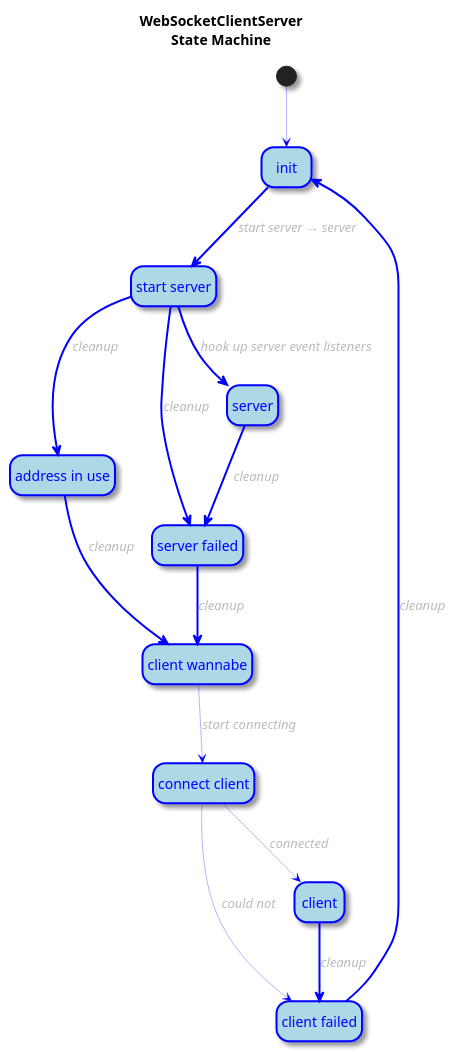
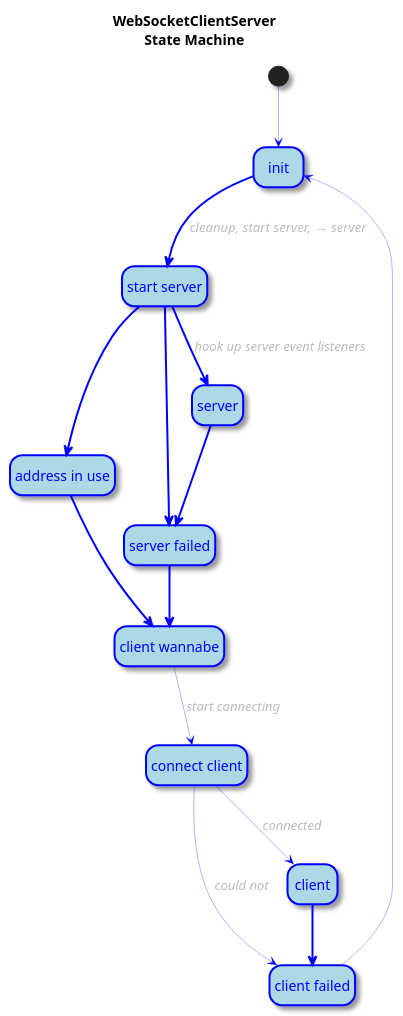
The diagram in src/client-server-state.puml (hugojosefson/deno-websocket-broadcastchannel), drawn with PlantUML before and after one commit. The commit also changed 2 other files, not shown here.

```diff
--- a/src/client-server-state.puml
+++ b/src/client-server-state.puml
@@ -1,39 +1,39 @@
 @startuml
 hide empty description
 
 skinparam shadowing            true
 skinparam ArrowFontColor       #bbb
 skinparam ArrowFontStyle       italic
 skinparam ArrowColor           blue
 skinparam ArrowThickness       0.3
 skinparam StateFontColor       blue
 skinparam StateBackgroundColor lightblue
 skinparam StateBorderColor     blue
 skinparam StateBorderThickness 2
 
 title "WebSocketClientServer\nState Machine"
 
 state "init"           as init
 state "start server"   as start_server
 state "server"         as server
 state "address in use" as address_in_use
 state "server failed"  as server_failed
 state "client wannabe" as client_wannabe
 state "connect client" as connect_client
 state "client"         as client
 state "client failed"  as client_failed
 
 [*]            -->              init
-init           -[thickness=2]-> start_server   : start server → server
-start_server   -[thickness=2]-> address_in_use : cleanup
-start_server   -[thickness=2]-> server_failed  : cleanup
+init           -[thickness=2]-> start_server   : cleanup, start server,  → server
+start_server   -[thickness=2]-> address_in_use 
+start_server   -[thickness=2]-> server_failed  
 start_server   -[thickness=2]-> server         : hook up server event listeners
-server         -[thickness=2]-> server_failed  : cleanup
-address_in_use -[thickness=2]-> client_wannabe : cleanup
-server_failed  -[thickness=2]-> client_wannabe : cleanup
+server         -[thickness=2]-> server_failed  
+address_in_use -[thickness=2]-> client_wannabe 
+server_failed  -[thickness=2]-> client_wannabe 
 client_wannabe -->              connect_client : start connecting
 connect_client -->              client         : connected
 connect_client -->              client_failed  : could not
-client         -[thickness=2]-> client_failed  : cleanup
-client_failed  -[thickness=2]-> init           : cleanup
+client         -[thickness=2]-> client_failed  
+client_failed  -->              init           
 @enduml
```
